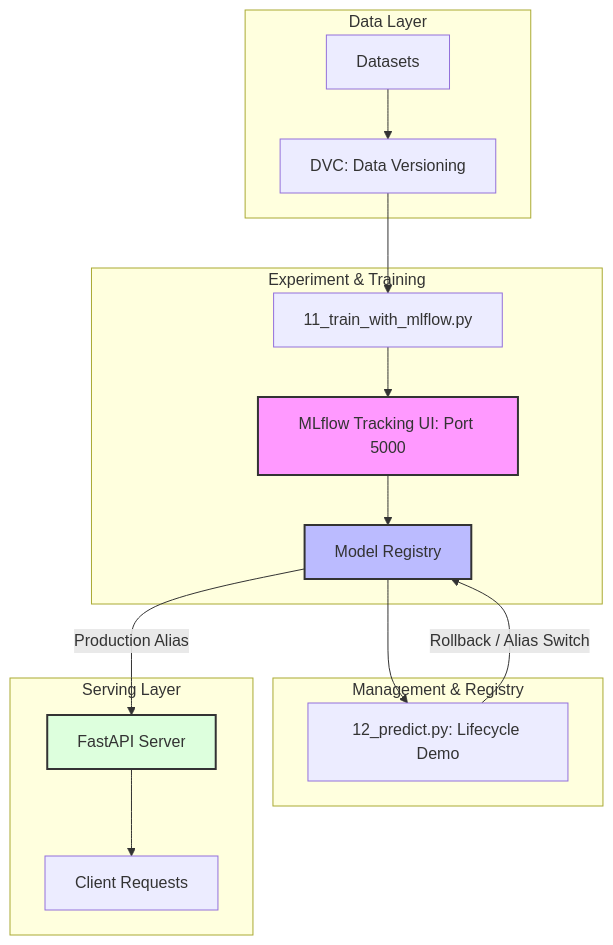
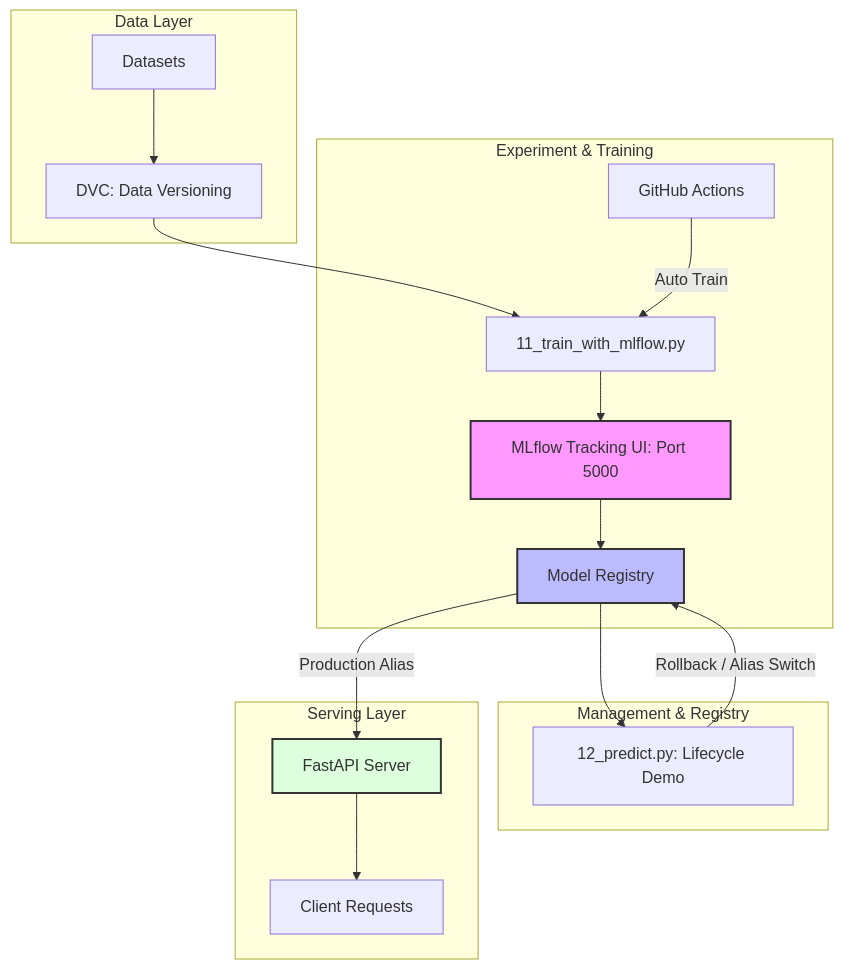
One commit to yoju-lab/koreatech_MLOps changed the diagram in README.md. Above: the diagram before and after it, drawn with Mermaid. The commit also changed other lines of this file, not shown here.

````diff
--- a/README.md
+++ b/README.md
@@ -16,26 +16,27 @@
 ```mermaid
 graph TD
     subgraph "Data Layer"
         D[Datasets] --> DVC[DVC: Data Versioning]
     end
 
     subgraph "Experiment & Training"
         DVC --> T1[11_train_with_mlflow.py]
         T1 --> MF[MLflow Tracking UI: Port 5000]
         MF --> REG[Model Registry]
+        GHA[GitHub Actions] -- "Auto Train" --> T1
     end
 
     subgraph "Management & Registry"
         REG --> P1[12_predict.py: Lifecycle Demo]
         P1 -- "Rollback / Alias Switch" --> REG
     end
 
     subgraph "Serving Layer"
         REG -- "Production Alias" --> API[FastAPI Server]
         API --> C[Client Requests]
     end
 
     style MF fill:#f9f,stroke:#333,stroke-width:2px
     style REG fill:#bbf,stroke:#333,stroke-width:2px
     style API fill:#dfd,stroke:#333,stroke-width:2px
 ```
````
